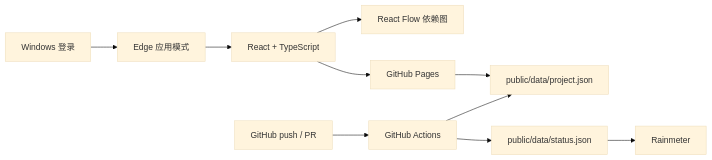
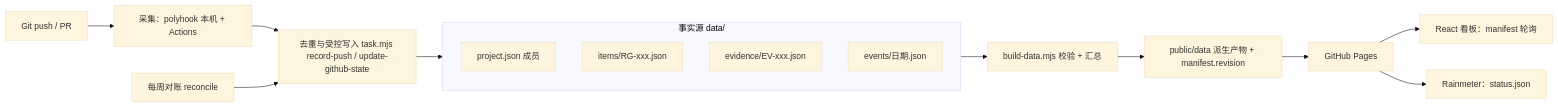
One commit to LimbusSpace/team-graph changed the diagram in docs/architecture.md. Above: the diagram before and after it, drawn with Mermaid (base theme). The commit also changed other lines of this file and 105 other files, not shown here.

````diff
--- a/docs/architecture.md
+++ b/docs/architecture.md
@@ -7,12 +8,18 @@
 ```mermaid
 flowchart LR
-  A[React + TypeScript] --> B[React Flow 依赖图]
-  A --> C[GitHub Pages]
-  C --> D[public/data/project.json]
-  E[GitHub push / PR] --> F[GitHub Actions]
-  F --> D
-  F --> G[public/data/status.json]
-  G --> H[Rainmeter]
-  I[Windows 登录] --> J[Edge 应用模式]
-  J --> A
+  subgraph fact[事实源 data/]
+    P[project.json 成员]
+    I[items/RG-xxx.json]
+    E[evidence/EV-xxx.json]
+    V[events/日期.json]
+  end
+  G[Git push / PR] --> H[采集：polyhook 本机 + Actions]
+  H --> D[去重与受控写入 task.mjs record-push / update-github-state]
+  D --> fact
+  R[每周对账 reconcile] --> D
+  fact --> B[build-data.mjs 校验 + 汇总]
+  B --> O[public/data 派生产物 + manifest.revision]
+  O --> C[GitHub Pages]
+  C --> W[React 看板：manifest 轮询]
+  C --> M[Rainmeter：status.json]
 ```
````
